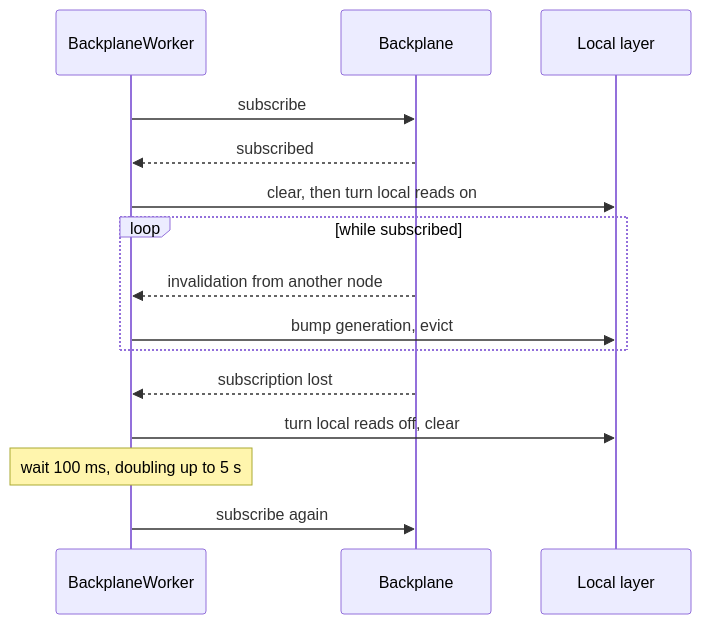
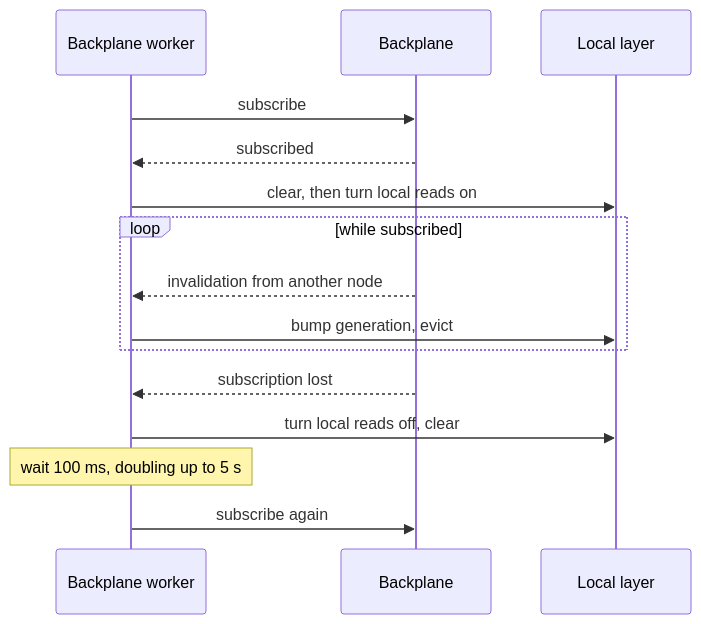
The sixth of 8 diagrams in docs/02-flows.md (sisaio/sisa-caching-rs), drawn with Mermaid before and after one commit. The commit also changed other lines of this file and 4 other files, not shown here.

````diff
--- a/docs/02-flows.md
+++ b/docs/02-flows.md
@@ -172,18 +172,18 @@
 ```mermaid
 sequenceDiagram
-    participant W as BackplaneWorker
+    participant W as Backplane worker
     participant Bus as Backplane
     participant Local as Local layer
 
     W->>Bus: subscribe
     Bus-->>W: subscribed
     W->>Local: clear, then turn local reads on
     loop while subscribed
         Bus-->>W: invalidation from another node
         W->>Local: bump generation, evict
     end
     Bus-->>W: subscription lost
     W->>Local: turn local reads off, clear
     Note over W: wait 100 ms, doubling up to 5 s
     W->>Bus: subscribe again
 ```
````
